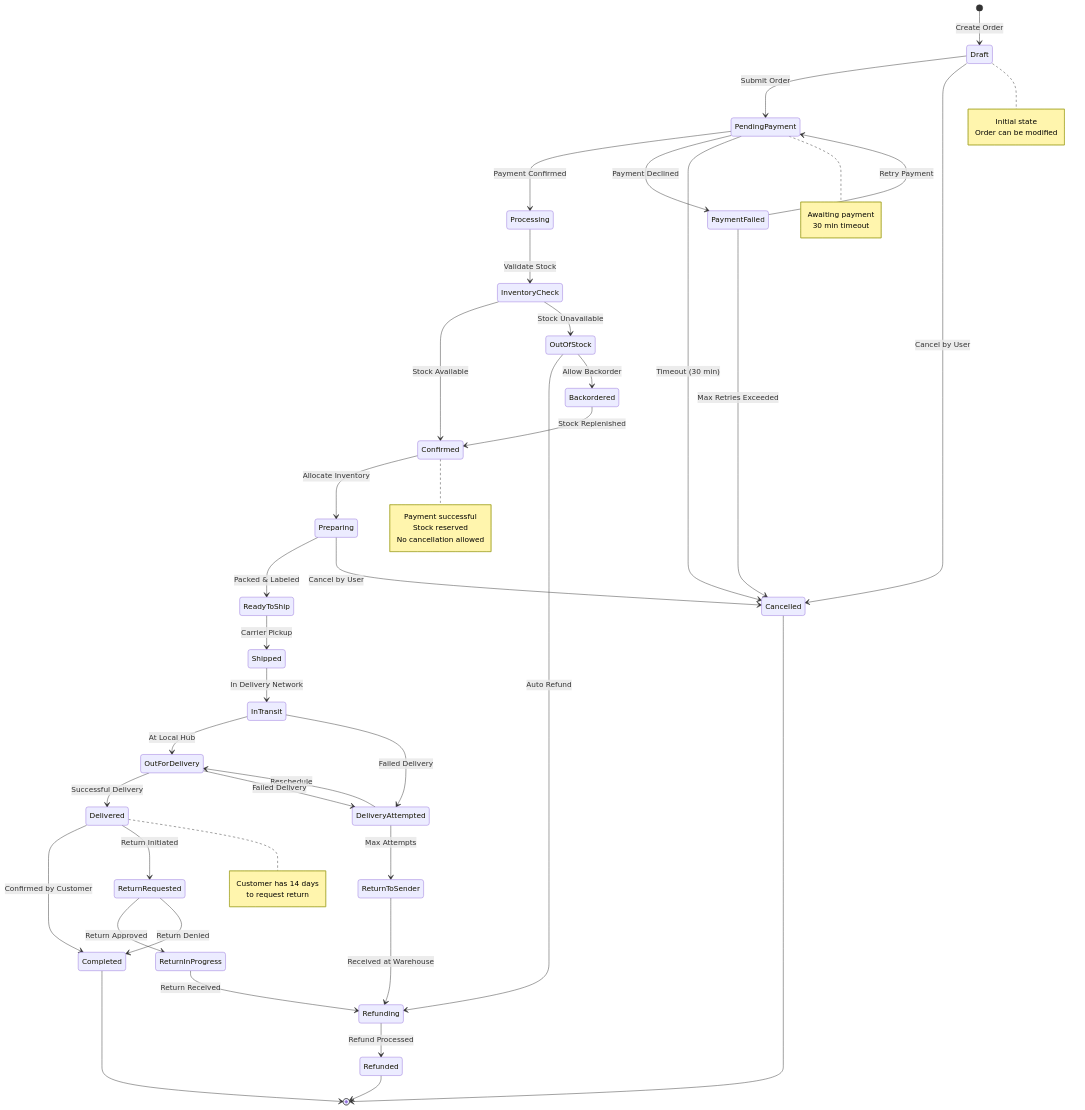
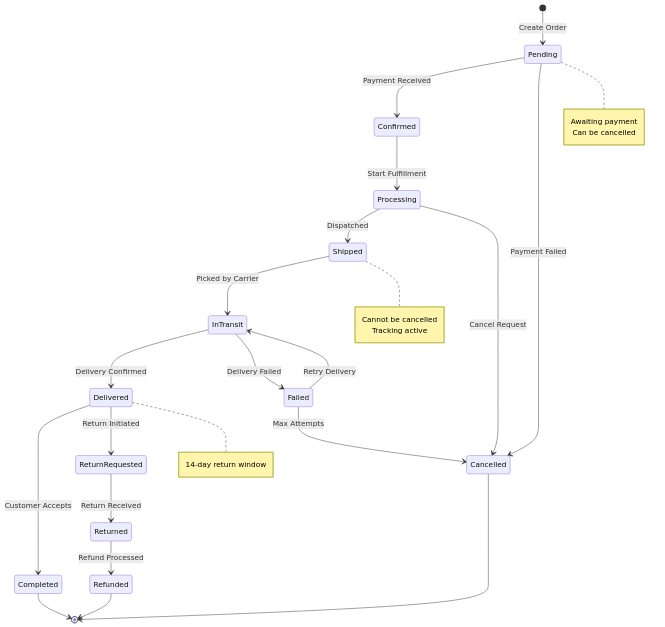
One commit to saugatapaul1010/RAG-Corrective changed the eighth of 17 diagrams in Sample_Drawings.md. Above: the diagram before and after it, drawn with Mermaid. The commit also changed other lines of this file, not shown here.

````diff
--- a/Sample_Drawings.md
+++ b/Sample_Drawings.md
@@ -569,79 +476,45 @@
 ```mermaid
 stateDiagram-v2
-    [*] --> Draft: Create Order
+    [*] --> Pending: Create Order
     
-    Draft --> PendingPayment: Submit Order
-    Draft --> Cancelled: Cancel by User
+    Pending --> Confirmed: Payment Received
+    Pending --> Cancelled: Payment Failed
     
-    PendingPayment --> Processing: Payment Confirmed
-    PendingPayment --> PaymentFailed: Payment Declined
-    PendingPayment --> Cancelled: Timeout (30 min)
+    Confirmed --> Processing: Start Fulfillment
     
-    PaymentFailed --> PendingPayment: Retry Payment
-    PaymentFailed --> Cancelled: Max Retries Exceeded
+    Processing --> Shipped: Dispatched
+    Processing --> Cancelled: Cancel Request
     
-    Processing --> InventoryCheck: Validate Stock
+    Shipped --> InTransit: Picked by Carrier
     
-    InventoryCheck --> Confirmed: Stock Available
-    InventoryCheck --> OutOfStock: Stock Unavailable
+    InTransit --> Delivered: Delivery Confirmed
+    InTransit --> Failed: Delivery Failed
     
-    OutOfStock --> Refunding: Auto Refund
-    OutOfStock --> Backordered: Allow Backorder
-    
-    Backordered --> Confirmed: Stock Replenished
-    
-    Confirmed --> Preparing: Allocate Inventory
-    
-    Preparing --> ReadyToShip: Packed & Labeled
-    Preparing --> Cancelled: Cancel by User
-    
-    ReadyToShip --> Shipped: Carrier Pickup
-    
-    Shipped --> InTransit: In Delivery Network
-    
-    InTransit --> OutForDelivery: At Local Hub
-    InTransit --> DeliveryAttempted: Failed Delivery
-    
-    DeliveryAttempted --> OutForDelivery: Reschedule
-    DeliveryAttempted --> ReturnToSender: Max Attempts
-    
-    OutForDelivery --> Delivered: Successful Delivery
-    OutForDelivery --> DeliveryAttempted: Failed Delivery
-    
-    Delivered --> Completed: Confirmed by Customer
+    Delivered --> Completed: Customer Accepts
     Delivered --> ReturnRequested: Return Initiated
     
-    ReturnRequested --> ReturnInProgress: Return Approved
-    ReturnRequested --> Completed: Return Denied
+    ReturnRequested --> Returned: Return Received
     
-    ReturnInProgress --> Refunding: Return Received
+    Failed --> InTransit: Retry Delivery
+    Failed --> Cancelled: Max Attempts
     
-    Refunding --> Refunded: Refund Processed
-    
-    ReturnToSender --> Refunding: Received at Warehouse
+    Returned --> Refunded: Refund Processed
     
     Refunded --> [*]
     Cancelled --> [*]
     Completed --> [*]
     
-    note right of Draft
-        Initial state
-        Order can be modified
+    note right of Pending
+        Awaiting payment
+        Can be cancelled
     end note
     
-    note right of PendingPayment
-        Awaiting payment
-        30 min timeout
-    end note
-    
-    note right of Confirmed
-        Payment successful
-        Stock reserved
-        No cancellation allowed
+    note right of Shipped
+        Cannot be cancelled
+        Tracking active
     end note
     
     note right of Delivered
-        Customer has 14 days
-        to request return
+        14-day return window
     end note
 ```
````
